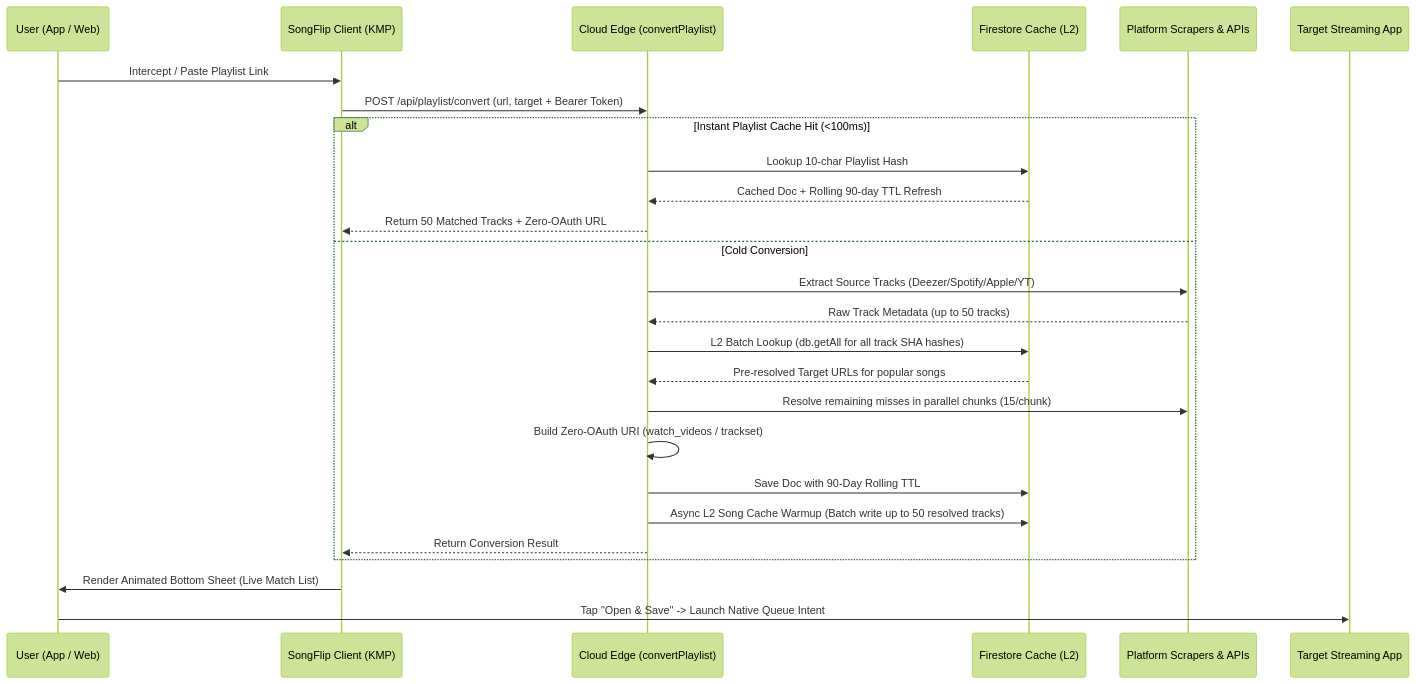
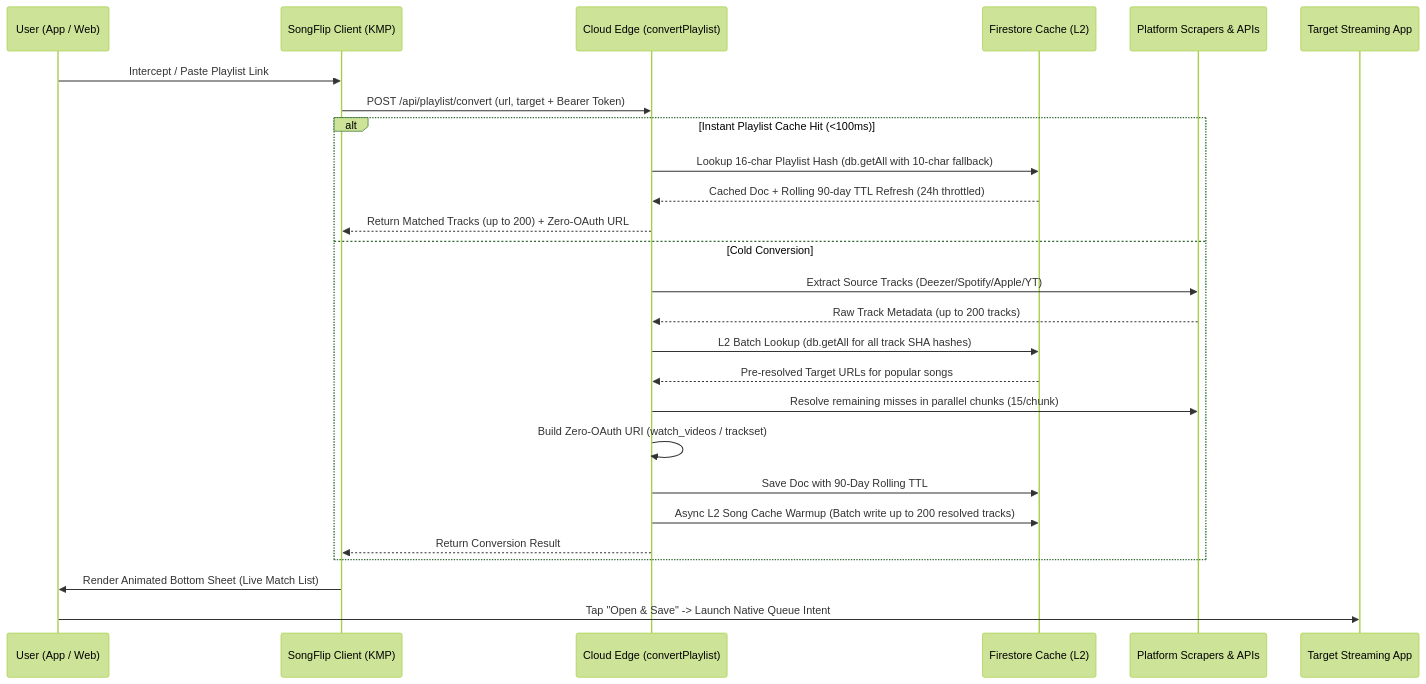
Before and after one commit to thefraggle/songflip: the second of 2 diagrams in ARCHITECTURE.md, drawn with Mermaid (forest theme). The commit also changed other lines of this file, not shown here.

Commit message:
docs: sync ARCHITECTURE.md with 16-char playlist hashes, 200-track limit, and 24h rolling-TTL throttling

````diff
--- a/ARCHITECTURE.md
+++ b/ARCHITECTURE.md
@@ -121,31 +121,31 @@
 ```mermaid
 sequenceDiagram
     participant User as User (App / Web)
     participant Client as SongFlip Client (KMP)
     participant Edge as Cloud Edge (convertPlaylist)
     participant Cache as Firestore Cache (L2)
     participant Scraper as Platform Scrapers & APIs
     participant Target as Target Streaming App
 
     User->>Client: Intercept / Paste Playlist Link
     Client->>Edge: POST /api/playlist/convert (url, target + Bearer Token)
     
     alt Instant Playlist Cache Hit (<100ms)
-        Edge->>Cache: Lookup 10-char Playlist Hash
-        Cache-->>Edge: Cached Doc + Rolling 90-day TTL Refresh
-        Edge-->>Client: Return 50 Matched Tracks + Zero-OAuth URL
+        Edge->>Cache: Lookup 16-char Playlist Hash (db.getAll with 10-char fallback)
+        Cache-->>Edge: Cached Doc + Rolling 90-day TTL Refresh (24h throttled)
+        Edge-->>Client: Return Matched Tracks (up to 200) + Zero-OAuth URL
     else Cold Conversion
         Edge->>Scraper: Extract Source Tracks (Deezer/Spotify/Apple/YT)
-        Scraper-->>Edge: Raw Track Metadata (up to 50 tracks)
+        Scraper-->>Edge: Raw Track Metadata (up to 200 tracks)
         Edge->>Cache: L2 Batch Lookup (db.getAll for all track SHA hashes)
         Cache-->>Edge: Pre-resolved Target URLs for popular songs
         Edge->>Scraper: Resolve remaining misses in parallel chunks (15/chunk)
         Edge->>Edge: Build Zero-OAuth URI (watch_videos / trackset)
         Edge->>Cache: Save Doc with 90-Day Rolling TTL
-        Edge->>Cache: Async L2 Song Cache Warmup (Batch write up to 50 resolved tracks)
+        Edge->>Cache: Async L2 Song Cache Warmup (Batch write up to 200 resolved tracks)
         Edge-->>Client: Return Conversion Result
     end
 
     Client->>User: Render Animated Bottom Sheet (Live Match List)
     User->>Target: Tap "Open & Save" -> Launch Native Queue Intent
 ```
````
